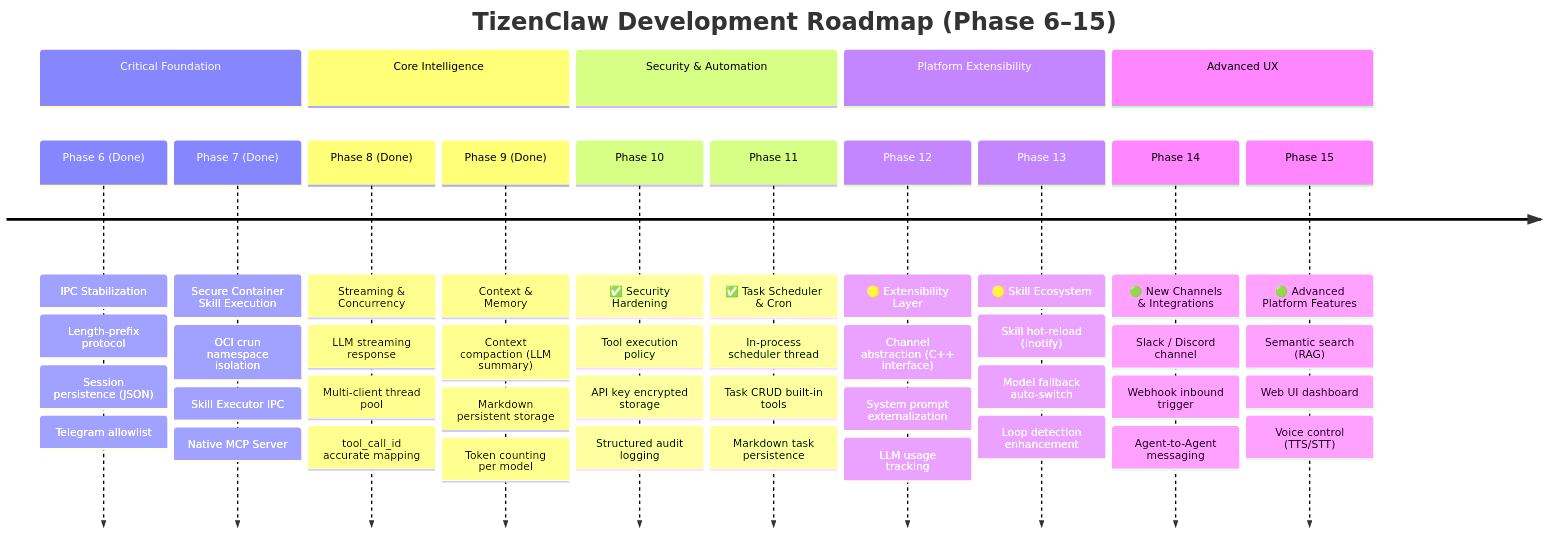
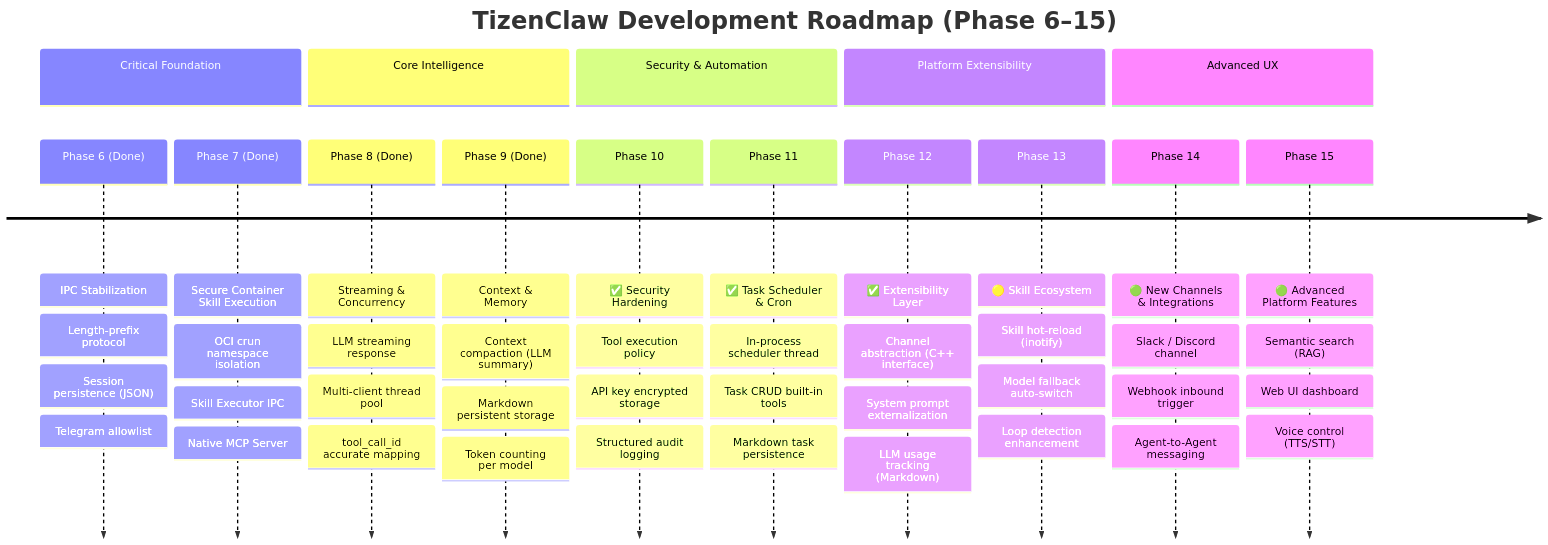
Before and after one commit to Kyoyeol-Kim/tizenclaw: the first of 2 diagrams in docs/ROADMAP.md, drawn with Mermaid. The commit also changed other lines of this file and 16 other files, not shown here.

First line of the commit message:
feat: implement Phase 12 Extensibility Layer

````diff
--- a/docs/ROADMAP.md
+++ b/docs/ROADMAP.md
@@ -58,49 +58,49 @@
 ```mermaid
 timeline
     title TizenClaw Development Roadmap (Phase 6–15)
     section Critical Foundation
         Phase 6 (Done) : IPC Stabilization
                        : Length-prefix protocol
                        : Session persistence (JSON)
                        : Telegram allowlist
         Phase 7 (Done) : Secure Container Skill Execution
                        : OCI crun namespace isolation
                        : Skill Executor IPC
                        : Native MCP Server
     section Core Intelligence
         Phase 8 (Done) : Streaming & Concurrency
                        : LLM streaming response
                        : Multi-client thread pool
                        : tool_call_id accurate mapping
         Phase 9 (Done) : Context & Memory
                        : Context compaction (LLM summary)
                        : Markdown persistent storage
                        : Token counting per model
     section Security & Automation
         Phase 10       : ✅ Security Hardening
                        : Tool execution policy
                        : API key encrypted storage
                        : Structured audit logging
         Phase 11       : ✅ Task Scheduler & Cron
                        : In-process scheduler thread
                        : Task CRUD built-in tools
                        : Markdown task persistence
     section Platform Extensibility
-        Phase 12       : 🟡 Extensibility Layer
+        Phase 12       : ✅ Extensibility Layer
                        : Channel abstraction (C++ interface)
                        : System prompt externalization
-                       : LLM usage tracking
+                       : LLM usage tracking (Markdown)
         Phase 13       : 🟡 Skill Ecosystem
                        : Skill hot-reload (inotify)
                        : Model fallback auto-switch
                        : Loop detection enhancement
     section Advanced UX
         Phase 14       : 🟢 New Channels & Integrations
                        : Slack / Discord channel
                        : Webhook inbound trigger
                        : Agent-to-Agent messaging
         Phase 15       : 🟢 Advanced Platform Features
                        : Semantic search (RAG)
                        : Web UI dashboard
                        : Voice control (TTS/STT)
 ```
````
